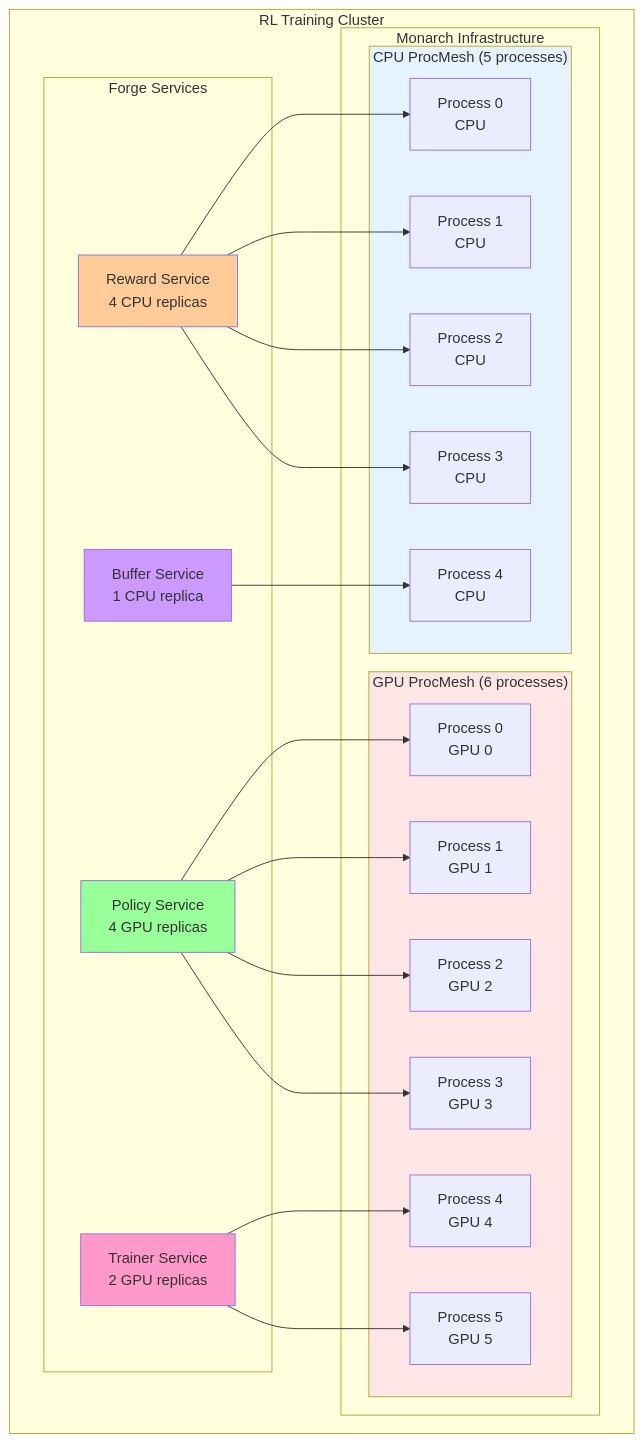
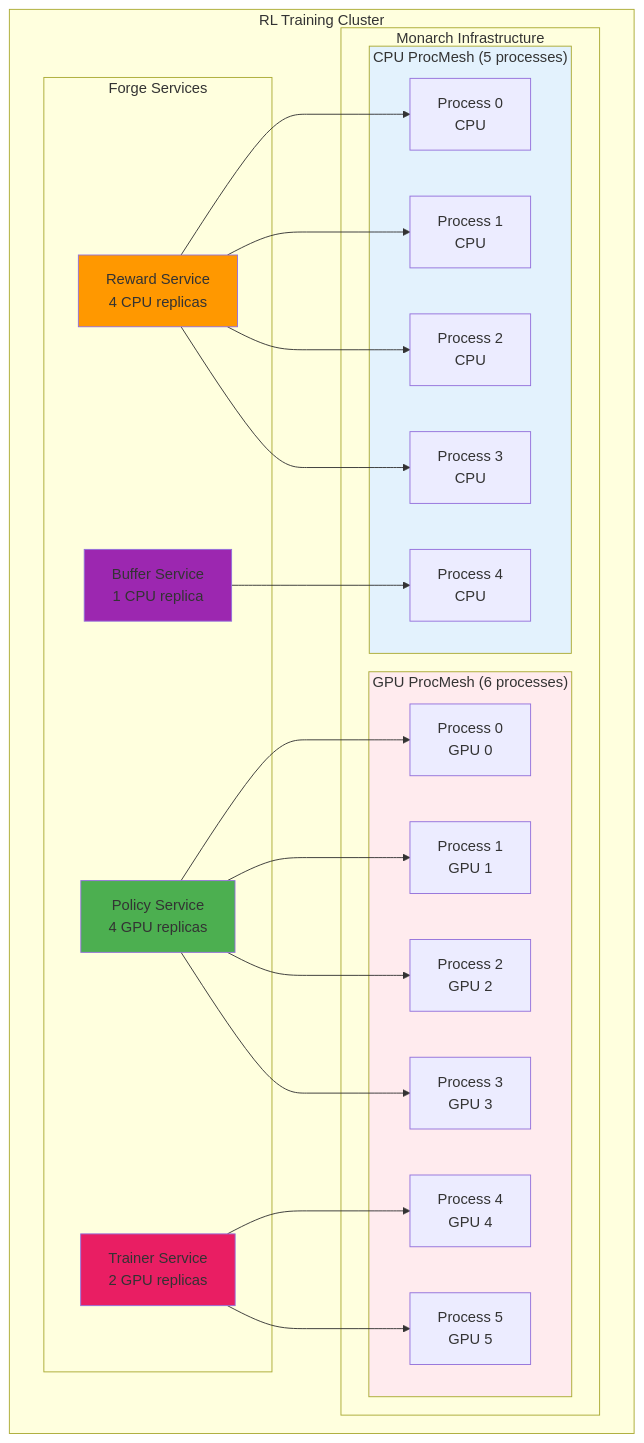
One commit to meta-pytorch/torchforge changed the eighth of 8 diagrams in docs/Tutorials/3_Monarch_101.MD. Above: the diagram before and after it, drawn with Mermaid. The commit also changed other lines of this file and 2 other files, not shown here.

````diff
--- a/docs/Tutorials/3_Monarch_101.MD
+++ b/docs/Tutorials/3_Monarch_101.MD
@@ -361,49 +361,49 @@
 ```mermaid
 graph TD
     subgraph Cluster["RL Training Cluster"]
         subgraph Services["Forge Services"]
             PS["Policy Service<br/>4 GPU replicas"]
             TS["Trainer Service<br/>2 GPU replicas"]
             RS["Reward Service<br/>4 CPU replicas"]
             BS["Buffer Service<br/>1 CPU replica"]
         end
 
         subgraph MonarchInfra["Monarch Infrastructure"]
             subgraph GPUMesh["GPU ProcMesh (6 processes)"]
                 G0["Process 0<br/>GPU 0"]
                 G1["Process 1<br/>GPU 1"]
                 G2["Process 2<br/>GPU 2"]
                 G3["Process 3<br/>GPU 3"]
                 G4["Process 4<br/>GPU 4"]
                 G5["Process 5<br/>GPU 5"]
             end
 
             subgraph CPUMesh["CPU ProcMesh (5 processes)"]
                 C0["Process 0<br/>CPU"]
                 C1["Process 1<br/>CPU"]
                 C2["Process 2<br/>CPU"]
                 C3["Process 3<br/>CPU"]
                 C4["Process 4<br/>CPU"]
             end
         end
 
         PS --> G0
         PS --> G1
         PS --> G2
         PS --> G3
         TS --> G4
         TS --> G5
         RS --> C0
         RS --> C1
         RS --> C2
         RS --> C3
         BS --> C4
     end
 
-    style PS fill:#99ff99
-    style TS fill:#ff99cc
-    style RS fill:#ffcc99
-    style BS fill:#cc99ff
-    style GPUMesh fill:#ffe6e6
-    style CPUMesh fill:#e6f3ff
+    style PS fill:#4CAF50
+    style TS fill:#E91E63
+    style RS fill:#FF9800
+    style BS fill:#9C27B0
+    style GPUMesh fill:#FFEBEE
+    style CPUMesh fill:#E3F2FD
 ```
````
